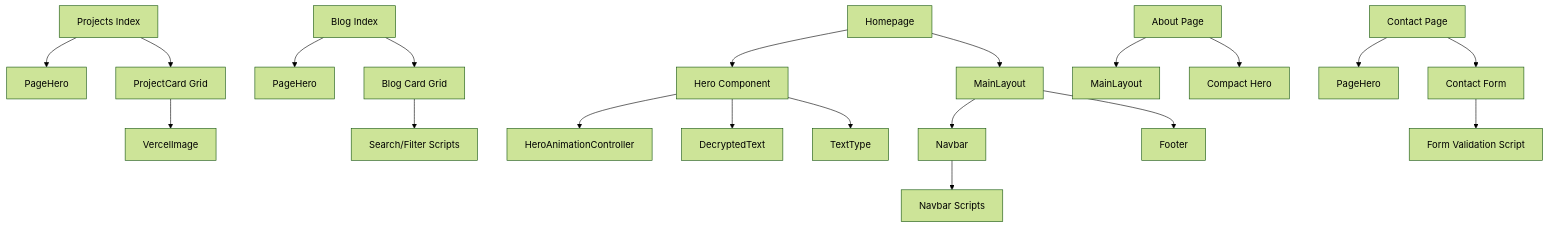
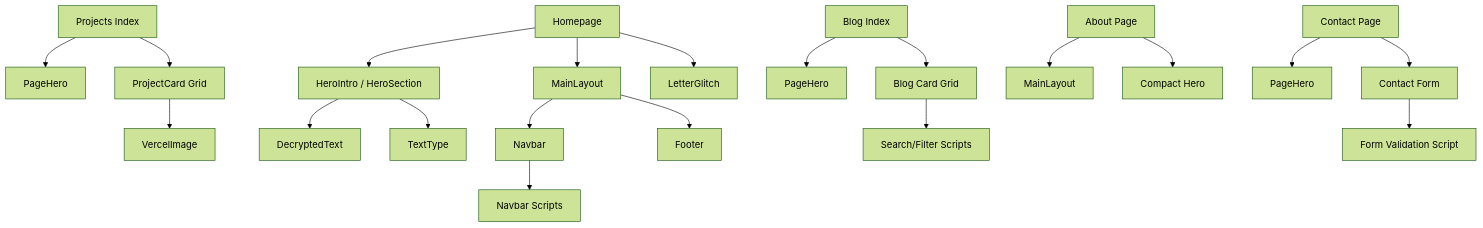
One commit to bpolitiadis/vpoliteiadis changed the third of 4 diagrams in docs/ARCHITECTURE.md. Above: the diagram before and after it, drawn with Mermaid (forest theme). The commit also changed other lines of this file and 21 other files, not shown here.

````diff
--- a/docs/ARCHITECTURE.md
+++ b/docs/ARCHITECTURE.md
@@ -402,27 +401,27 @@
 ```mermaid
 graph TD
-  A[Homepage] --> B[Hero Component]
+  A[Homepage] --> B[HeroIntro / HeroSection]
   A --> C[MainLayout]
-  B --> D[HeroAnimationController]
+  A --> LG[LetterGlitch]
   B --> E[DecryptedText]
   B --> F[TextType]
   
   G[Projects Index] --> H[PageHero]
   G --> I[ProjectCard Grid]
   I --> J[VercelImage]
   
   K[Blog Index] --> L[PageHero]
   K --> M[Blog Card Grid]
   M --> N[Search/Filter Scripts]
   
   O[About Page] --> P[MainLayout]
   O --> Q[Compact Hero]
   
   R[Contact Page] --> S[PageHero]
   R --> T[Contact Form]
   T --> U[Form Validation Script]
   
   C --> V[Navbar]
   C --> W[Footer]
   V --> X[Navbar Scripts]
 ```
````
